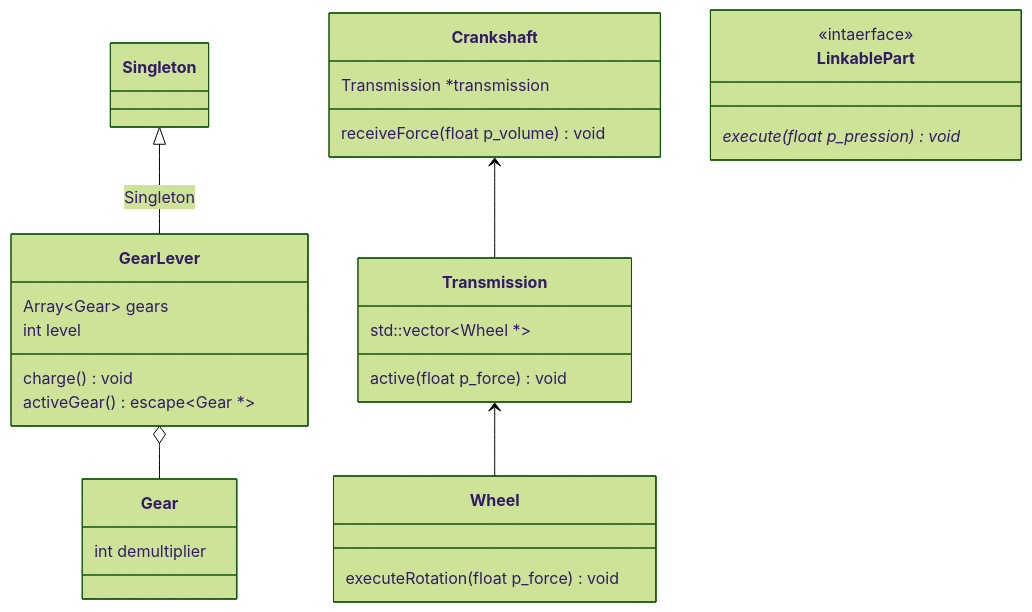
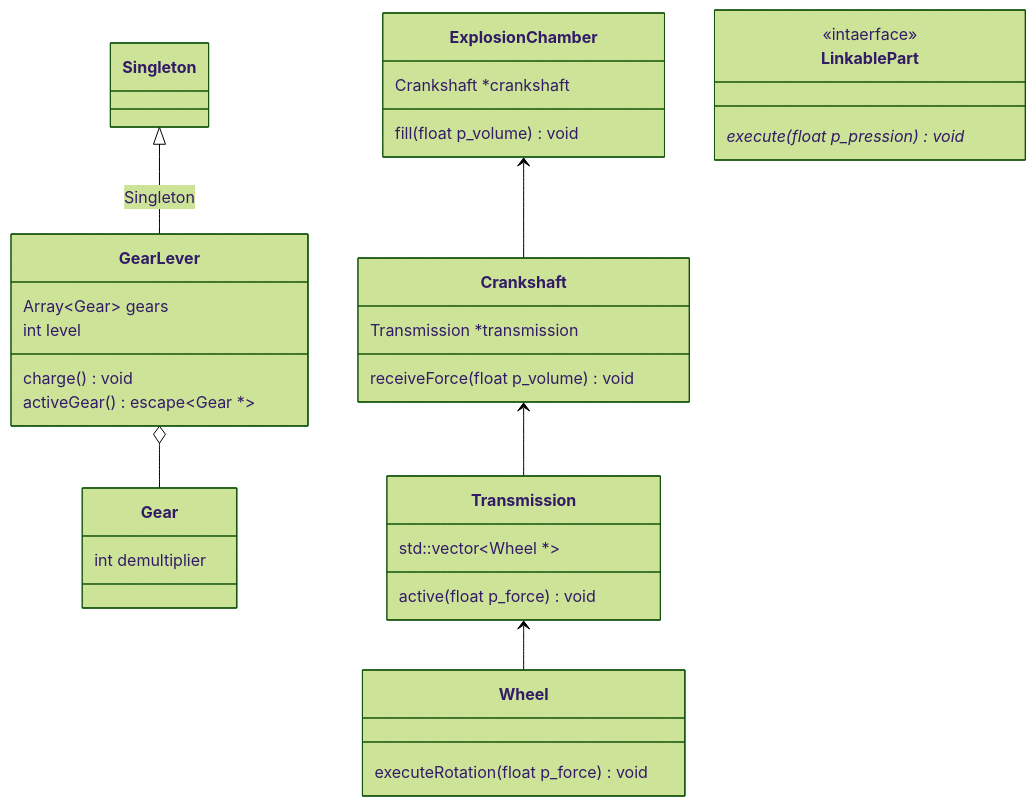
The diagram in subject.md (PalmNeko/piscine-object02-UML), drawn with Mermaid (forest theme) before and after one commit.

Commit message:
add: ExplosionChamber

````diff
--- a/subject.md
+++ b/subject.md
@@ -2,45 +2,52 @@
 ```mermaid
 classDiagram
     direction TB
 
     GearLever o-- Gear
 
     Singleton <|-- GearLever : Singleton<GearLever>
 
+    ExplosionChamber <-- Crankshaft
+    Crankshaft <-- Transmission
     Transmission <-- Wheel
-    Crankshaft <-- Transmission
 
     class LinkablePart {
         <<intaerface>>
         execute(float p_pression)* void
     }
 
     class Wheel {
         executeRotation(float p_force) void
     }
 
     class Gear {
         int demultiplier
     }
 
     class Singleton {
         %% TODO
     }
 
     class GearLever {
         Array~Gear~ gears
         int level
         charge() void
         activeGear() escape~Gear *~
     }
 
     class Transmission {
         std::vector~Wheel *~
         active(float p_force) void
     }
 
     class Crankshaft {
         Transmission *transmission
         receiveForce(float p_volume) void
     }
+
+    class ExplosionChamber {
+        Crankshaft *crankshaft
+        fill(float p_volume) void
+    }
+
 ```
````
